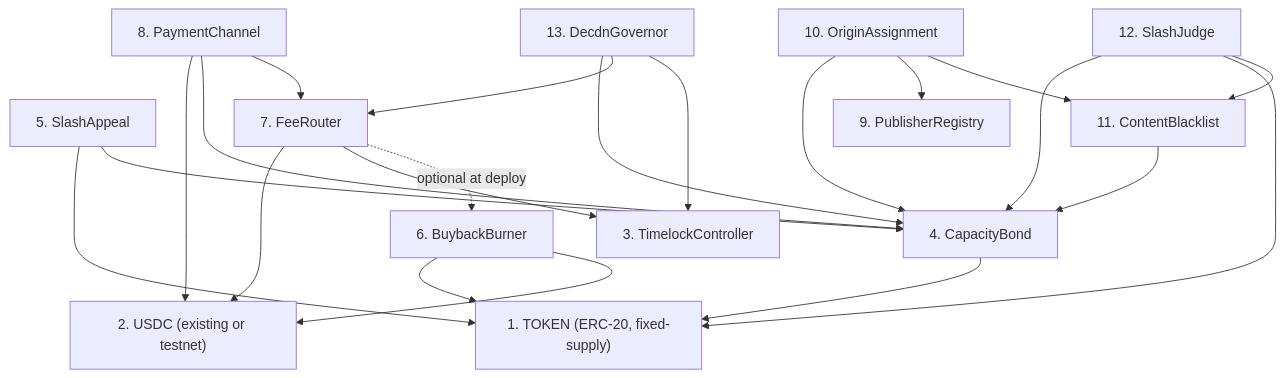
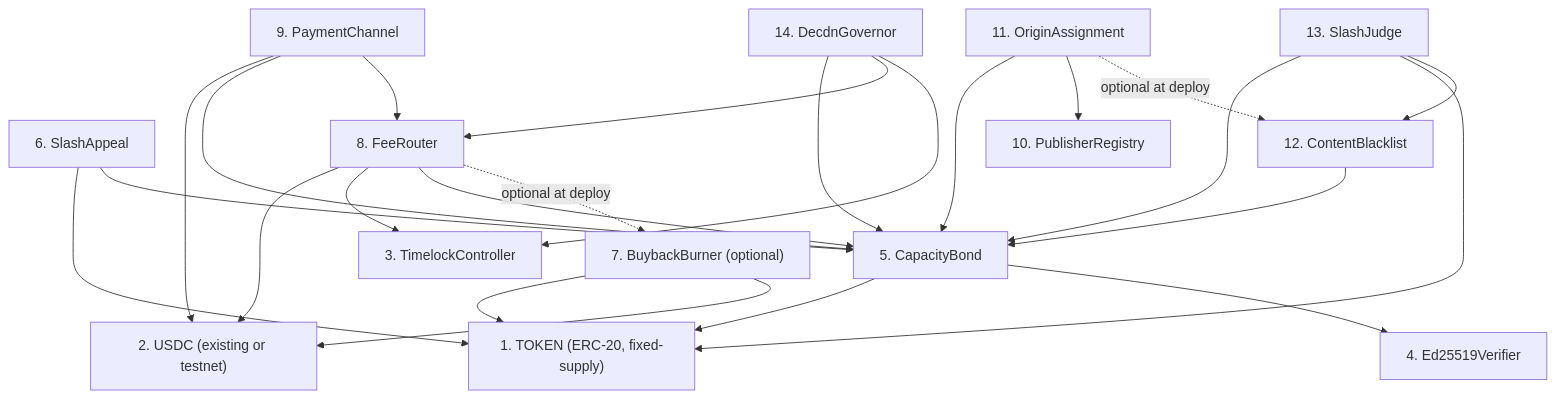
Before and after one commit to decdn/decdn: the second of 5 diagrams in adr/016-contract-interactions.md, drawn with Mermaid. The commit also changed other lines of this file and 3 other files, not shown here.

````diff
--- a/adr/016-contract-interactions.md
+++ b/adr/016-contract-interactions.md
@@ -243,38 +255,41 @@
 ```mermaid
 graph TD
     TOKEN["1. TOKEN (ERC-20, fixed-supply)"]
     USDC["2. USDC (existing or testnet)"]
     TL["3. TimelockController"]
-    CBOND["4. CapacityBond"]
-    SA["5. SlashAppeal"]
-    BB["6. BuybackBurner"]
-    FR["7. FeeRouter"]
-    SPC["8. PaymentChannel"]
-    PR["9. PublisherRegistry"]
-    OA["10. OriginAssignment"]
-    CB["11. ContentBlacklist"]
-    SJ["12. SlashJudge"]
-    GOV["13. DecdnGovernor"]
+    ED["4. Ed25519Verifier"]
+    CBOND["5. CapacityBond"]
+    SA["6. SlashAppeal"]
+    BB["7. BuybackBurner (optional)"]
+    FR["8. FeeRouter"]
+    SPC["9. PaymentChannel"]
+    PR["10. PublisherRegistry"]
+    OA["11. OriginAssignment"]
+    CB["12. ContentBlacklist"]
+    SJ["13. SlashJudge"]
+    GOV["14. DecdnGovernor"]
 
     CBOND --> TOKEN
+    CBOND --> ED
     SA --> TOKEN
     SA --> CBOND
     BB --> TOKEN
     BB --> USDC
     FR --> USDC
     FR --> TL
+    FR --> CBOND
     FR -.->|"optional at deploy"| BB
     SPC --> USDC
     SPC --> CBOND
     SPC --> FR
     OA --> CBOND
     OA --> PR
-    OA --> CB
+    OA -.->|"optional at deploy"| CB
     CB --> CBOND
     SJ --> CBOND
     SJ --> TOKEN
     SJ --> CB
     GOV --> CBOND
     GOV --> FR
     GOV --> TL
 ```
````
